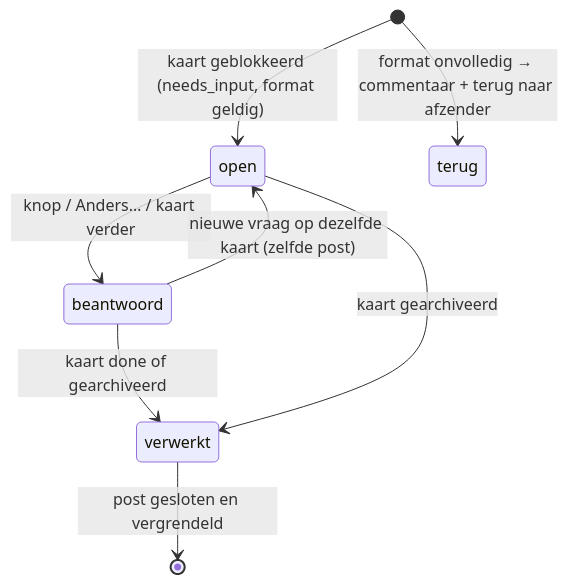
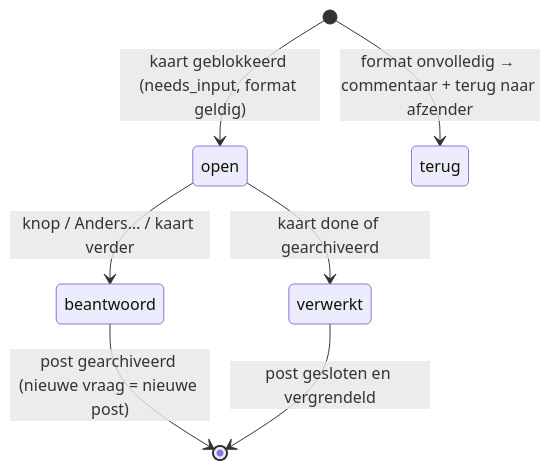
Before and after one commit to BARTBARTBART121231231254365423734568u3/hermes-discord-flow: the first of 2 diagrams in README.md, drawn with Mermaid. The commit also changed other lines of this file and 1 other file, not shown here.

Commit message:
README en installatietest: beantwoorde vraagpost gaat meteen naar het archief

````diff
--- a/README.md
+++ b/README.md
@@ -38,10 +38,9 @@
 ```mermaid
 stateDiagram-v2
     [*] --> open: kaart geblokkeerd (needs_input, format geldig)
     [*] --> terug: format onvolledig → commentaar + terug naar afzender
     open --> beantwoord: knop / Anders… / kaart verder
-    beantwoord --> open: nieuwe vraag op dezelfde kaart (zelfde post)
-    beantwoord --> verwerkt: kaart done of gearchiveerd
-    open --> verwerkt: kaart gearchiveerd
+    beantwoord --> [*]: post gearchiveerd (nieuwe vraag = nieuwe post)
+    open --> verwerkt: kaart done of gearchiveerd
     verwerkt --> [*]: post gesloten en vergrendeld
 ```
````
